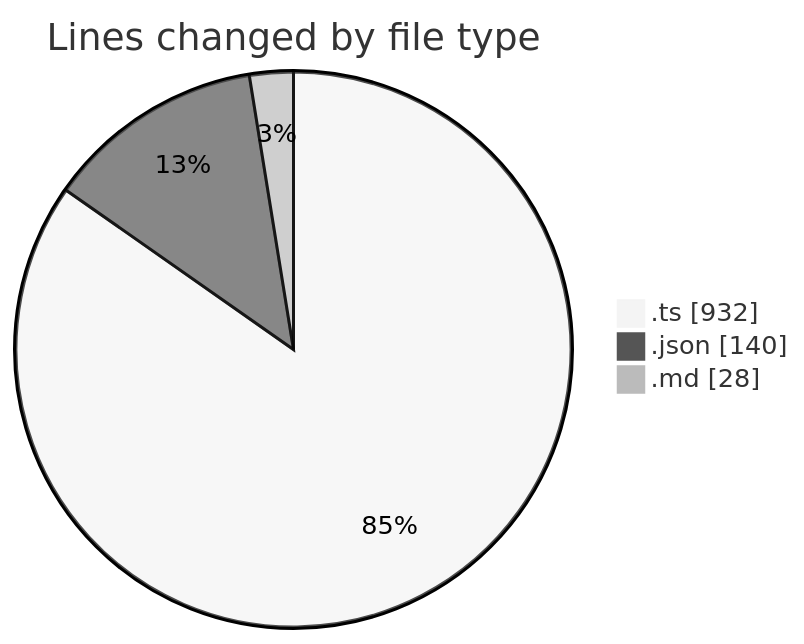
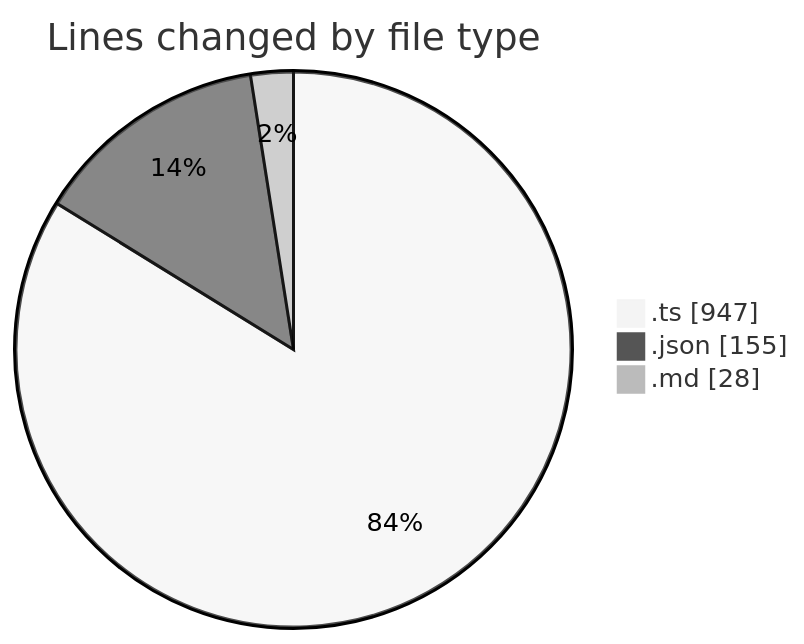
Before and after one commit to ernivani/code-tracking: the first of 2 diagrams in 2025-01-03/my-code-activity-ext/README.md, drawn with Mermaid (neutral theme). The commit also changed other lines of this file and 6 other files, not shown here.

````diff
--- a/2025-01-03/my-code-activity-ext/README.md
+++ b/2025-01-03/my-code-activity-ext/README.md
@@ -26,7 +26,7 @@
 ```mermaid
 pie showData
 title Lines changed by file type
-".ts" : 932
-".json" : 140
+".ts" : 947
+".json" : 155
 ".md" : 28
 ```
````
